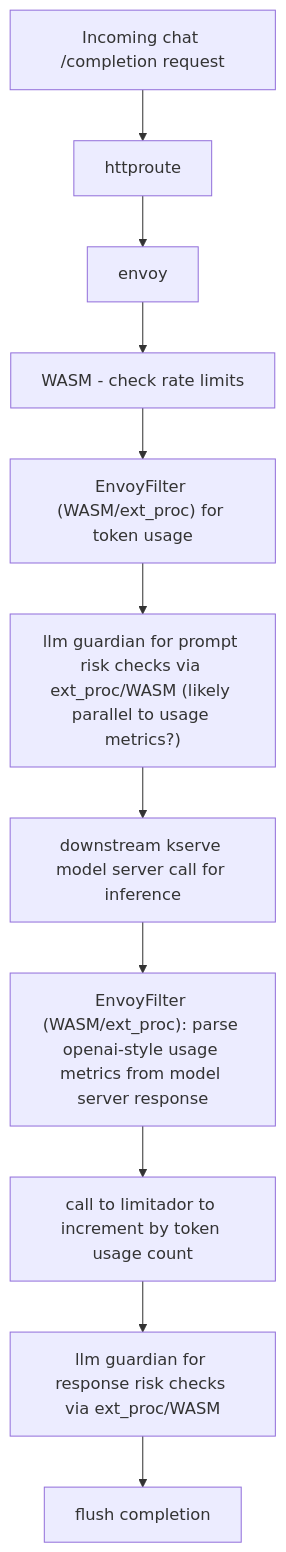
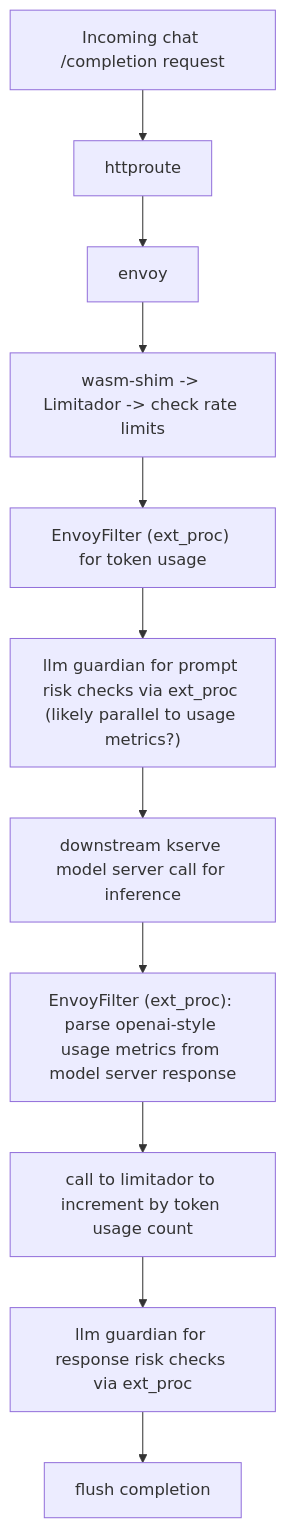
One commit to Kuadrant/architecture changed the diagram in rfcs/0013-ai-policies.md. Above: the diagram before and after it, drawn with Mermaid. The commit also changed other lines of this file, not shown here.

Commit message:
more clarity on wasm-shim scope

````diff
--- a/rfcs/0013-ai-policies.md
+++ b/rfcs/0013-ai-policies.md
@@ -179,13 +178,13 @@
 ```mermaid
 flowchart TD
     A["Incoming chat /completion request"] --> B["httproute"]
     B --> C["envoy"]
-    C --> D["WASM - check rate limits"]
-    D --> E["EnvoyFilter (WASM/ext_proc) for token usage"]
-    E --> F["llm guardian for prompt risk checks via ext_proc/WASM (likely parallel to usage metrics?)"]
+    C --> D["wasm-shim -> Limitador -> check rate limits"]
+    D --> E["EnvoyFilter (ext_proc) for token usage"]
+    E --> F["llm guardian for prompt risk checks via ext_proc (likely parallel to usage metrics?)"]
     F --> G["downstream kserve model server call for inference"]
-    G --> H["EnvoyFilter (WASM/ext_proc): parse openai-style usage metrics from model server response"]
+    G --> H["EnvoyFilter (ext_proc): parse openai-style usage metrics from model server response"]
     H-->I["call to limitador to increment by token usage count"]
-    I --> J["llm guardian for response risk checks via ext_proc/WASM"]
+    I --> J["llm guardian for response risk checks via ext_proc"]
     J --> K["flush completion"]
 ```
````
